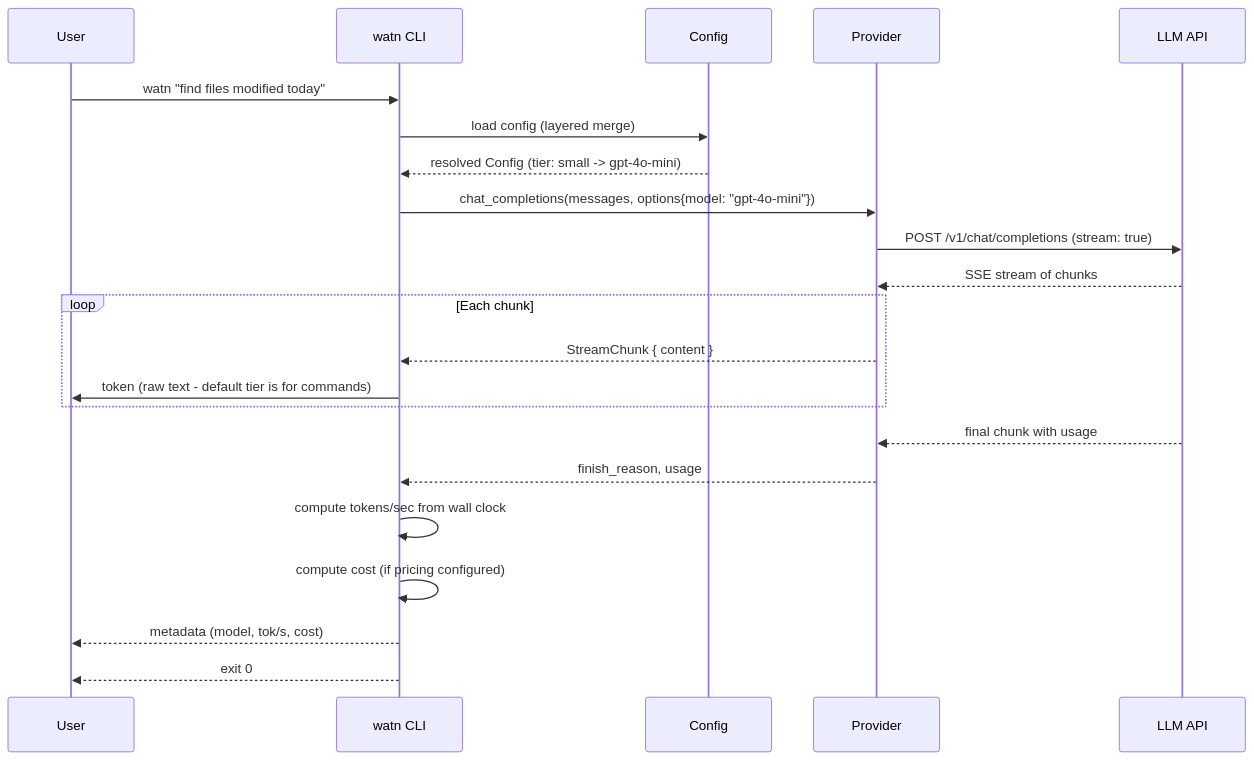
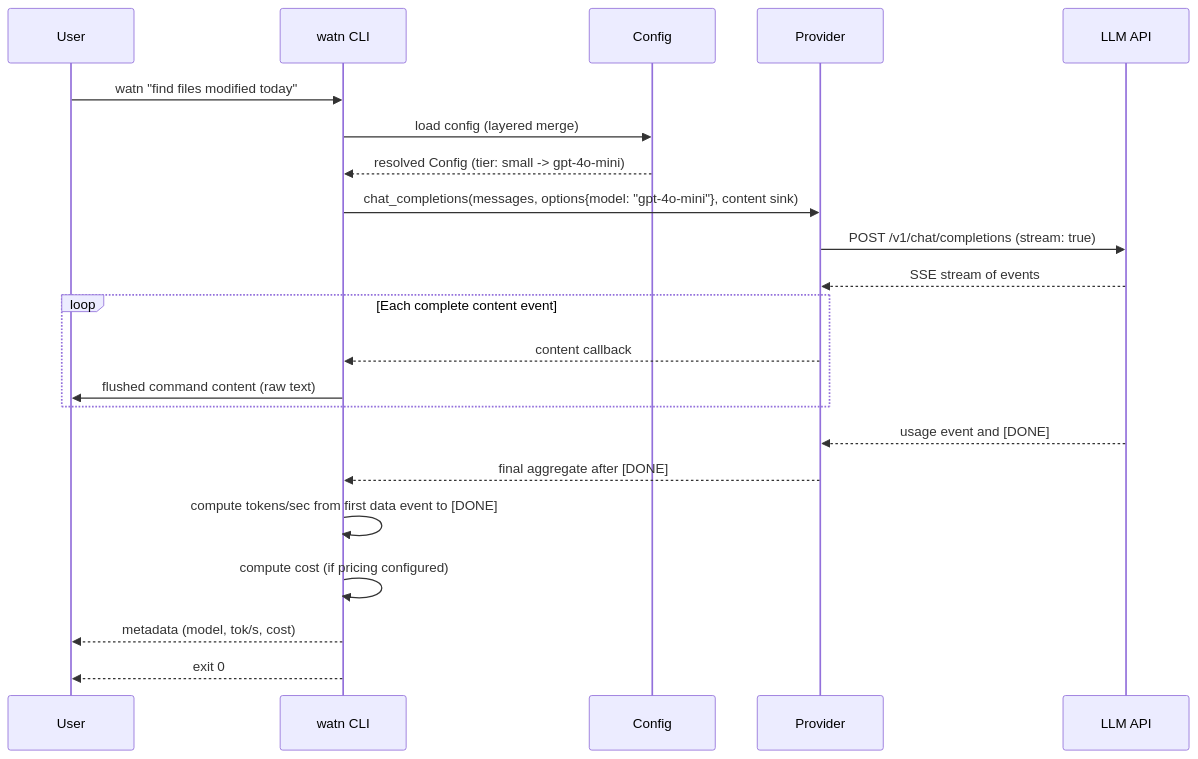
Before and after one commit to buster/watn: the first of 16 diagrams in docs/arc42/06-runtime-view.md, drawn with Mermaid. The commit also changed other lines of this file and 27 other files, not shown here.

Commit message:
feat(incremental-sse-rendering): A usage-only final event supplies cost and throughput metadata

````diff
--- a/docs/arc42/06-runtime-view.md
+++ b/docs/arc42/06-runtime-view.md
@@ -7,25 +7,25 @@
 ```mermaid
 sequenceDiagram
     participant User as User
     participant CLI as watn CLI
     participant Config as Config
     participant Prov as Provider
     participant API as LLM API
 
     User->>CLI: watn "find files modified today"
     CLI->>Config: load config (layered merge)
     Config-->>CLI: resolved Config (tier: small -> gpt-4o-mini)
-    CLI->>Prov: chat_completions(messages, options{model: "gpt-4o-mini"})
+    CLI->>Prov: chat_completions(messages, options{model: "gpt-4o-mini"}, content sink)
     Prov->>API: POST /v1/chat/completions (stream: true)
-    API-->>Prov: SSE stream of chunks
-    loop Each chunk
-        Prov-->>CLI: StreamChunk { content }
-        CLI->>User: token (raw text - default tier is for commands)
+    API-->>Prov: SSE stream of events
+    loop Each complete content event
+        Prov-->>CLI: content callback
+        CLI->>User: flushed command content (raw text)
     end
-    API-->>Prov: final chunk with usage
-    Prov-->>CLI: finish_reason, usage
-    CLI->>CLI: compute tokens/sec from wall clock
+    API-->>Prov: usage event and [DONE]
+    Prov-->>CLI: final aggregate after [DONE]
+    CLI->>CLI: compute tokens/sec from first data event to [DONE]
     CLI->>CLI: compute cost (if pricing configured)
     CLI-->>User: metadata (model, tok/s, cost)
     CLI-->>User: exit 0
 ```
````
